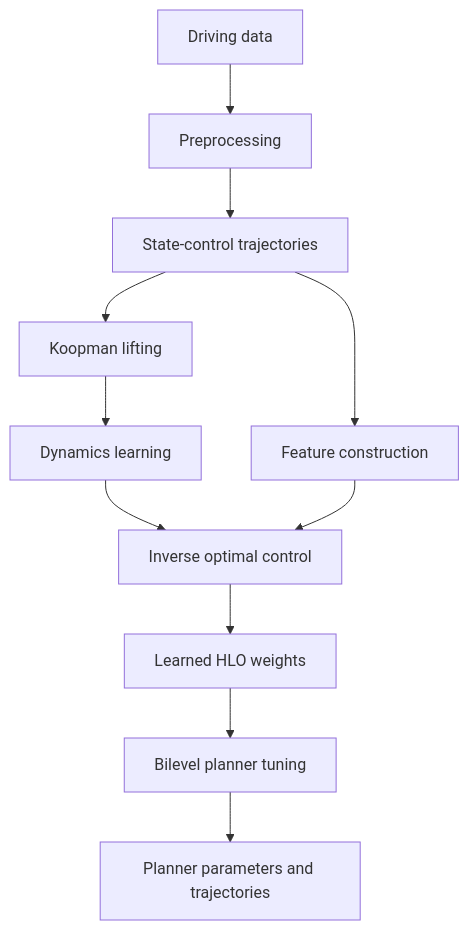
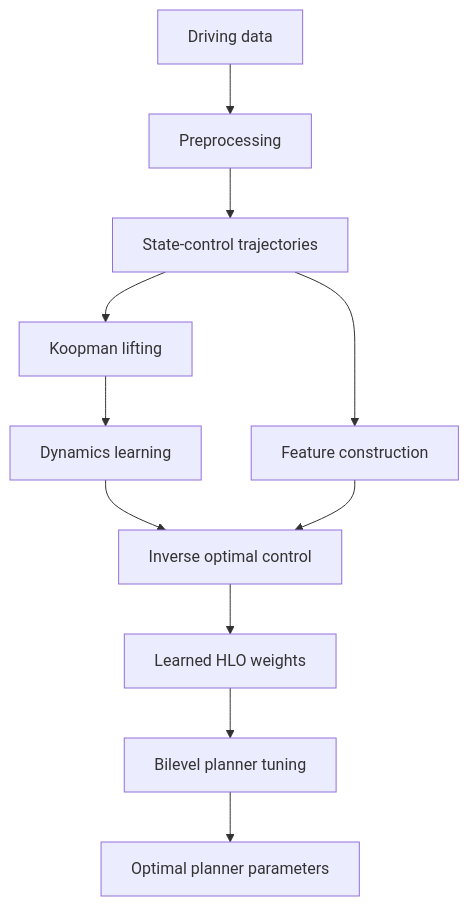
The diagram in README.md (yerynkim-jazz/ddioc-trajectory-planning), drawn with Mermaid before and after one commit.

Commit message:
Edited method architecture diagram 3rd

````diff
--- a/README.md
+++ b/README.md
@@ -29,15 +29,15 @@
 ```mermaid
 flowchart TD
     A["Driving data"] --> B["Preprocessing"]
     B --> C["State-control trajectories"]
     C --> D["Koopman lifting"]
     D --> E["Dynamics learning"]
 
     C --> F["Feature construction"]
     E --> G["Inverse optimal control"]
     F --> G
 
     G --> H["Learned HLO weights"]
     H --> I["Bilevel planner tuning"]
-    I --> J["Planner parameters and trajectories"]
+    I --> J["Optimal planner parameters"]
 ```
````
